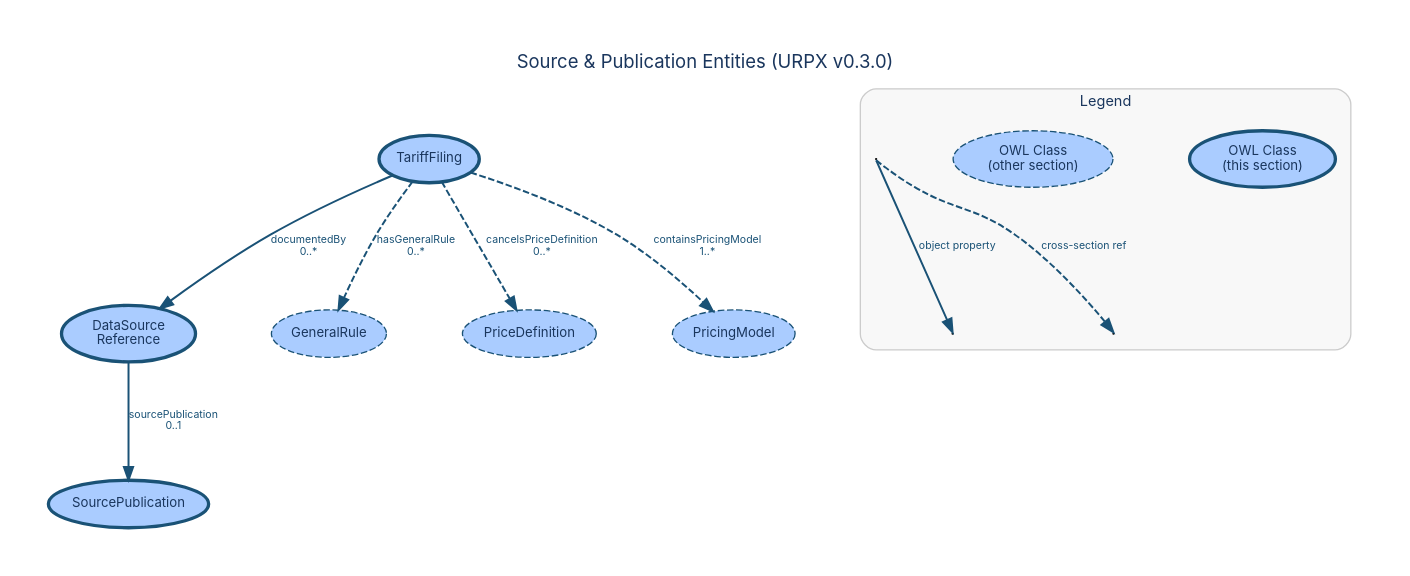
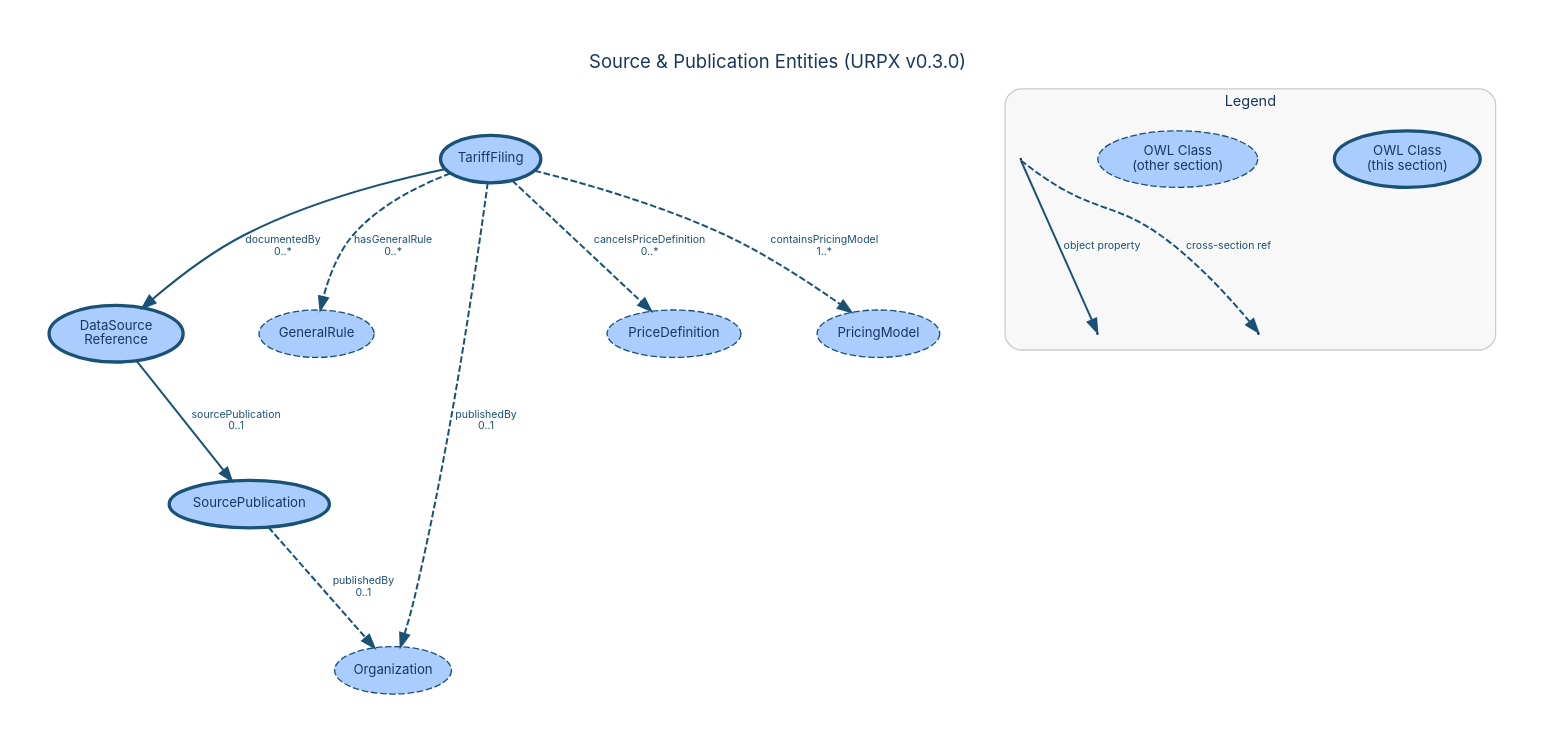
One commit to urpx-org/urpx changed the diagram in documentation/diagrams/dictionary/source-publication-entities.dot. Above: the diagram before and after it, drawn with Graphviz. The commit also changed 14 other files, not shown here.

```diff
--- a/documentation/diagrams/dictionary/source-publication-entities.dot
+++ b/documentation/diagrams/dictionary/source-publication-entities.dot
@@ -1,79 +1,89 @@
 digraph "Source & Publication Entities" {
     rankdir=TB;
     bgcolor="white";
     pad=0.4;
     nodesep=0.8;
     ranksep=1.0;
     start=42;
     fontname="Inter, Helvetica, Arial, sans-serif";
     label="Source & Publication Entities (URPX v0.3.0)";
     labelloc="t";
     fontsize=14;
     fontcolor="#1a365d";
     node [fontname="Inter, Helvetica, Arial, sans-serif", fontsize=10, style=filled, fontcolor="#1a365d"];
     edge [fontname="Inter, Helvetica, Arial, sans-serif", fontsize=8, fontcolor="#1a365d"];
 
     // Section classes
     SourcePublication [
         label="SourcePublication"
         shape=ellipse, fillcolor="#aaccff", color="#1a5276", penwidth=2.5
     ];
     TariffFiling [
         label="TariffFiling"
         shape=ellipse, fillcolor="#aaccff", color="#1a5276", penwidth=2.5
     ];
     DataSourceReference [
         label="DataSource\nReference"
         shape=ellipse, fillcolor="#aaccff", color="#1a5276", penwidth=2.5
     ];
 
     // Cross-section references
     GeneralRule [
         label="GeneralRule"
         shape=ellipse, fillcolor="#aaccff", color="#1a5276", penwidth=1, style="filled,dashed"
     ];
+    Organization [
+        label="Organization"
+        shape=ellipse, fillcolor="#aaccff", color="#1a5276", penwidth=1, style="filled,dashed"
+    ];
     PriceDefinition [
         label="PriceDefinition"
         shape=ellipse, fillcolor="#aaccff", color="#1a5276", penwidth=1, style="filled,dashed"
     ];
     PricingModel [
         label="PricingModel"
         shape=ellipse, fillcolor="#aaccff", color="#1a5276", penwidth=1, style="filled,dashed"
     ];
 
     // Object property edges
+    SourcePublication -> Organization [
+        label="publishedBy\n0..1", style=dashed, color="#1a5276", fontcolor="#1a5276", penwidth=1.5
+    ];
     TariffFiling -> PriceDefinition [
         label="cancelsPriceDefinition\n0..*", style=dashed, color="#1a5276", fontcolor="#1a5276", penwidth=1.5
     ];
     TariffFiling -> PricingModel [
         label="containsPricingModel\n1..*", style=dashed, color="#1a5276", fontcolor="#1a5276", penwidth=1.5
     ];
     TariffFiling -> DataSourceReference [
         label="documentedBy\n0..*", color="#1a5276", fontcolor="#1a5276", penwidth=1.5
     ];
     TariffFiling -> GeneralRule [
         label="hasGeneralRule\n0..*", style=dashed, color="#1a5276", fontcolor="#1a5276", penwidth=1.5
+    ];
+    TariffFiling -> Organization [
+        label="publishedBy\n0..1", style=dashed, color="#1a5276", fontcolor="#1a5276", penwidth=1.5
     ];
     DataSourceReference -> SourcePublication [
         label="sourcePublication\n0..1", color="#1a5276", fontcolor="#1a5276", penwidth=1.5
     ];
 
     subgraph cluster_legend {
         label="Legend";
         fontname="Inter, Helvetica, Arial, sans-serif";
         fontsize=11;
         fontcolor="#1a365d";
         style=rounded;
         color="#cccccc";
         bgcolor="#f8f8f8";
         margin=12;
 
         leg_class [label="OWL Class\n(this section)", shape=ellipse, fillcolor="#aaccff", color="#1a5276", penwidth=2.5];
         leg_xref [label="OWL Class\n(other section)", shape=ellipse, fillcolor="#aaccff", color="#1a5276", penwidth=1, style="filled,dashed"];
         leg_src [label=" ", shape=point, width=0.01];
         leg_tgt1 [label=" ", shape=point, width=0.01];
         leg_src -> leg_tgt1 [label="object property", color="#1a5276", fontcolor="#1a5276", penwidth=1.5];
         leg_tgt2 [label=" ", shape=point, width=0.01];
         leg_src -> leg_tgt2 [label="cross-section ref", style=dashed, color="#1a5276", fontcolor="#1a5276", penwidth=1.5];
     }
 }
```
